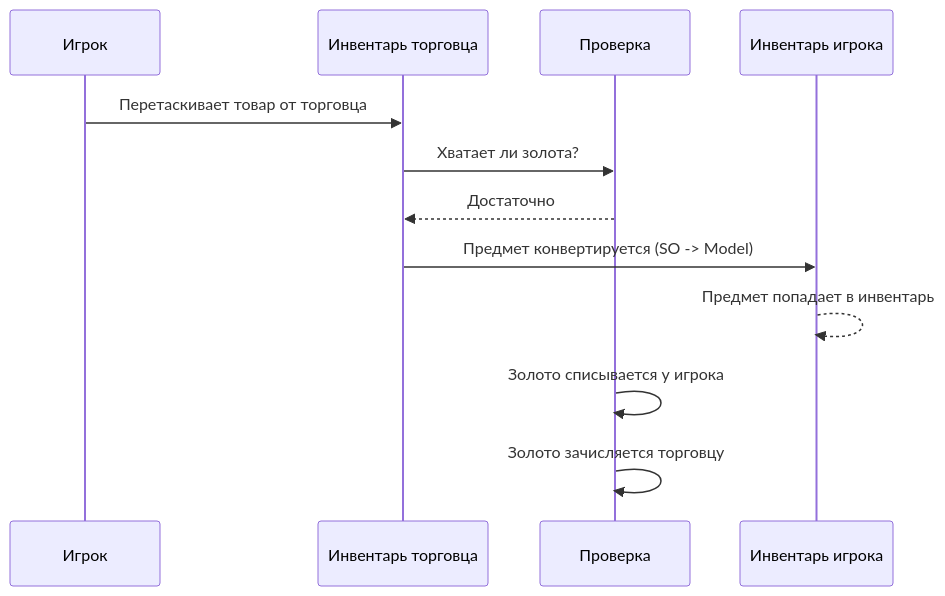
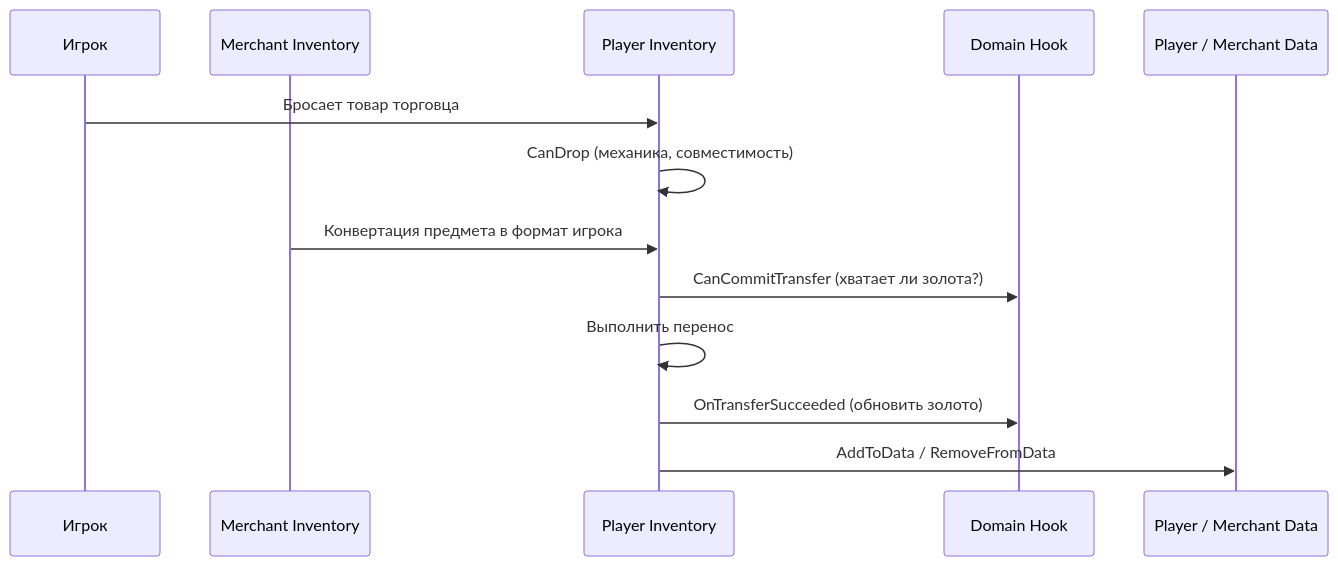
One commit to SergeevSergey99/DragAndDropSystem-Docs changed the second of 3 diagrams in .docs/content/examples/trading.md. Above: the diagram before and after it, drawn with Mermaid. The commit also changed other lines of this file and 16 other files, not shown here.

````diff
--- a/.docs/content/examples/trading.md
+++ b/.docs/content/examples/trading.md
@@ -38,15 +38,16 @@
 ```mermaid
 sequenceDiagram
-    participant И as Игрок
-    participant Т as Инвентарь торговца
-    participant П as Проверка
-    participant ИИ as Инвентарь игрока
+    participant U as Игрок
+    participant M as Merchant Inventory
+    participant P as Player Inventory
+    participant D as Domain Hook
+    participant Data as Player / Merchant Data
 
-    И->>Т: Перетаскивает товар от торговца
-    Т->>П: Хватает ли золота?
-    П-->>Т: Достаточно
-    Т->>ИИ: Предмет конвертируется (SO -> Model)
-    ИИ-->>ИИ: Предмет попадает в инвентарь
-    П->>П: Золото списывается у игрока
-    П->>П: Золото зачисляется торговцу
+    U->>P: Бросает товар торговца
+    P->>P: CanDrop (механика, совместимость)
+    M->>P: Конвертация предмета в формат игрока
+    P->>D: CanCommitTransfer (хватает ли золота?)
+    P->>P: Выполнить перенос
+    P->>D: OnTransferSucceeded (обновить золото)
+    P->>Data: AddToData / RemoveFromData
 ```
````
